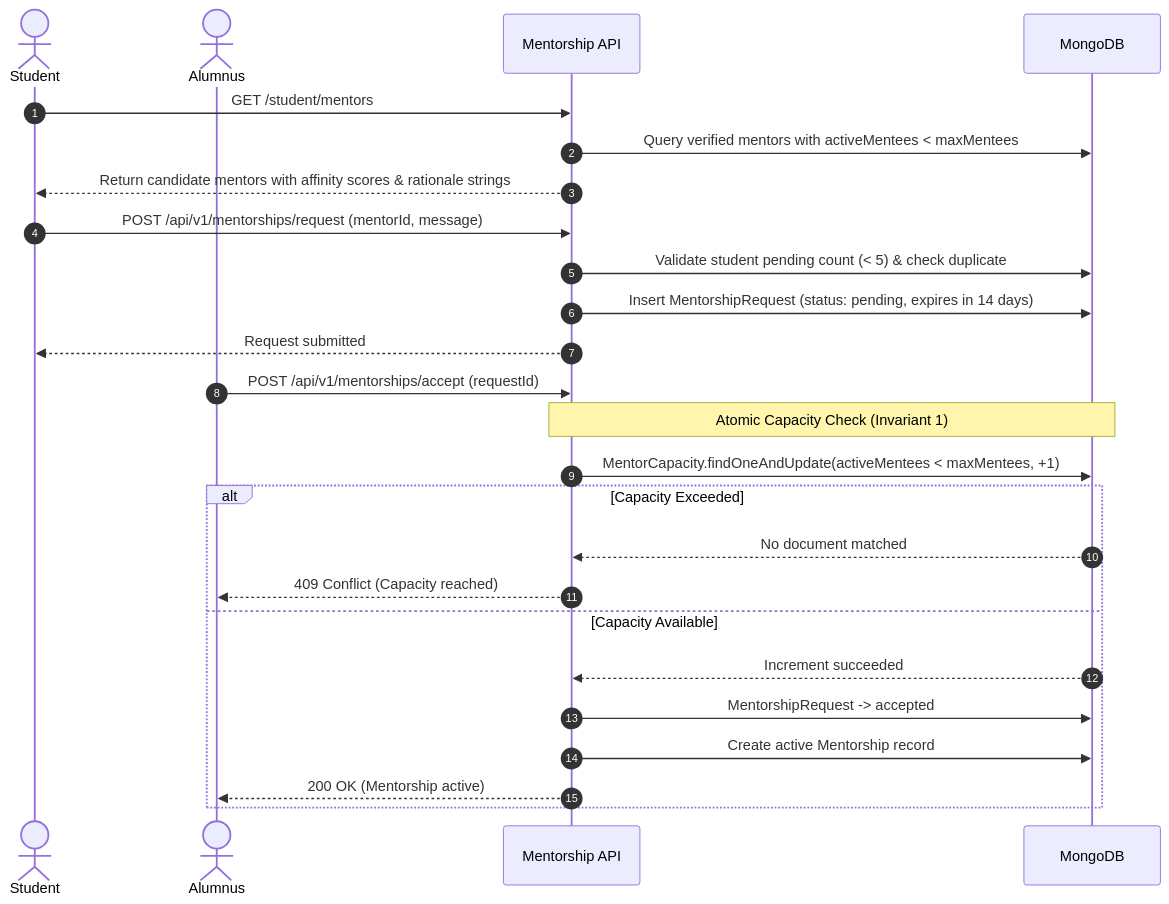
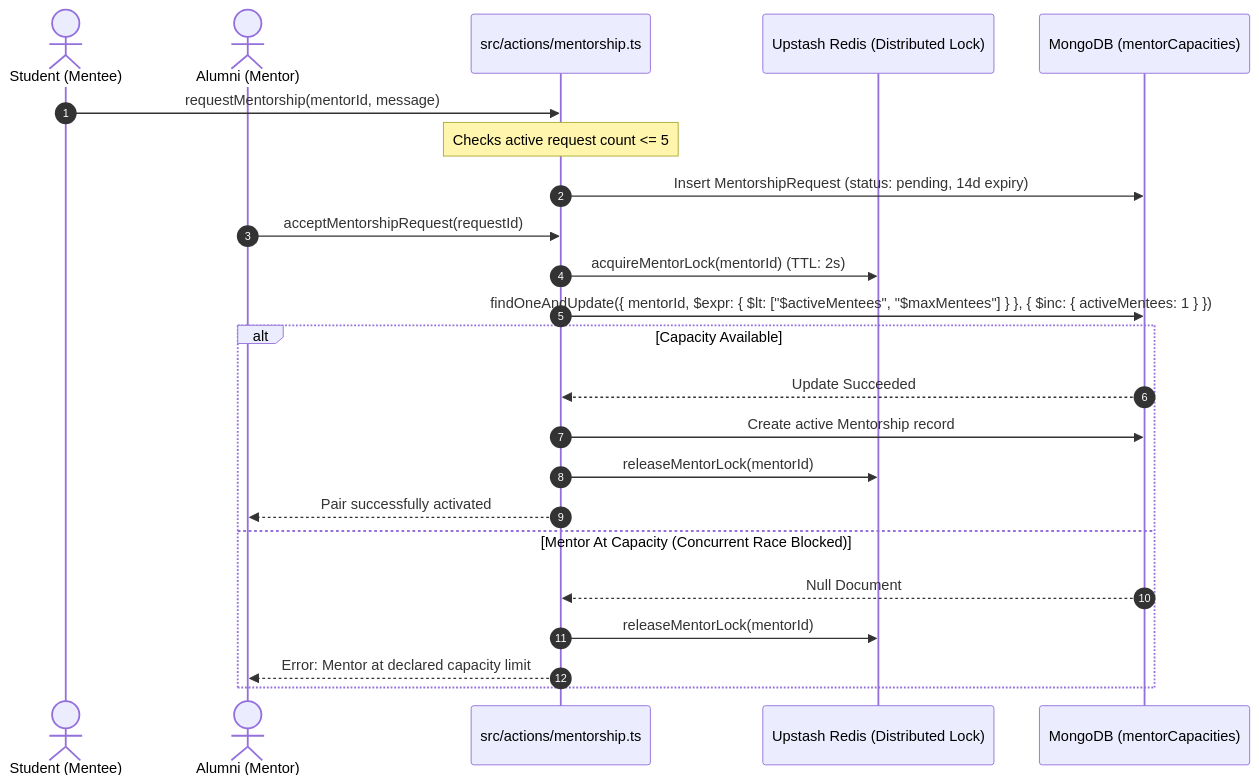
The fourth of 6 diagrams in README.md (ayuush224/Alumini-Mentorship-and-Career-Network), drawn with Mermaid before and after one commit. The commit also changed other lines of this file and 67 other files, not shown here.

Commit message:
refactor project folder architecture and publish comprehensive documentation

````diff
--- a/README.md
+++ b/README.md
@@ -813,28 +268,26 @@
 ```mermaid
 sequenceDiagram
     autonumber
-    actor Mentee as Student
-    actor Mentor as Alumnus
-    participant API as Mentorship API
-    participant DB as MongoDB
+    actor Mentee as Student (Mentee)
+    actor Mentor as Alumni (Mentor)
+    participant Actions as src/actions/mentorship.ts
+    participant Redis as Upstash Redis (Distributed Lock)
+    participant DB as MongoDB (mentorCapacities)
 
-    Mentee->>API: GET /student/mentors
-    API->>DB: Query verified mentors with activeMentees < maxMentees
-    API-->>Mentee: Return candidate mentors with affinity scores & rationale strings
-    Mentee->>API: POST /api/v1/mentorships/request (mentorId, message)
-    API->>DB: Validate student pending count (< 5) & check duplicate
-    API->>DB: Insert MentorshipRequest (status: pending, expires in 14 days)
-    API-->>Mentee: Request submitted
-    Mentor->>API: POST /api/v1/mentorships/accept (requestId)
-    Note over API,DB: Atomic Capacity Check (Invariant 1)
-    API->>DB: MentorCapacity.findOneAndUpdate(activeMentees < maxMentees, +1)
-    alt Capacity Exceeded
-        DB-->>API: No document matched
-        API-->>Mentor: 409 Conflict (Capacity reached)
-    else Capacity Available
-        DB-->>API: Increment succeeded
-        API->>DB: MentorshipRequest -> accepted
-        API->>DB: Create active Mentorship record
-        API-->>Mentor: 200 OK (Mentorship active)
+    Mentee->>Actions: requestMentorship(mentorId, message)
+    Note over Actions: Checks active request count <= 5
+    Actions->>DB: Insert MentorshipRequest (status: pending, 14d expiry)
+    Mentor->>Actions: acceptMentorshipRequest(requestId)
+    Actions->>Redis: acquireMentorLock(mentorId) (TTL: 2s)
+    Actions->>DB: findOneAndUpdate({ mentorId, $expr: { $lt: ["$activeMentees", "$maxMentees"] } }, { $inc: { activeMentees: 1 } })
+    alt Capacity Available
+        DB-->>Actions: Update Succeeded
+        Actions->>DB: Create active Mentorship record
+        Actions->>Redis: releaseMentorLock(mentorId)
+        Actions-->>Mentor: Pair successfully activated
+    else Mentor At Capacity (Concurrent Race Blocked)
+        DB-->>Actions: Null Document
+        Actions->>Redis: releaseMentorLock(mentorId)
+        Actions-->>Mentor: Error: Mentor at declared capacity limit
     end
 ```
````
